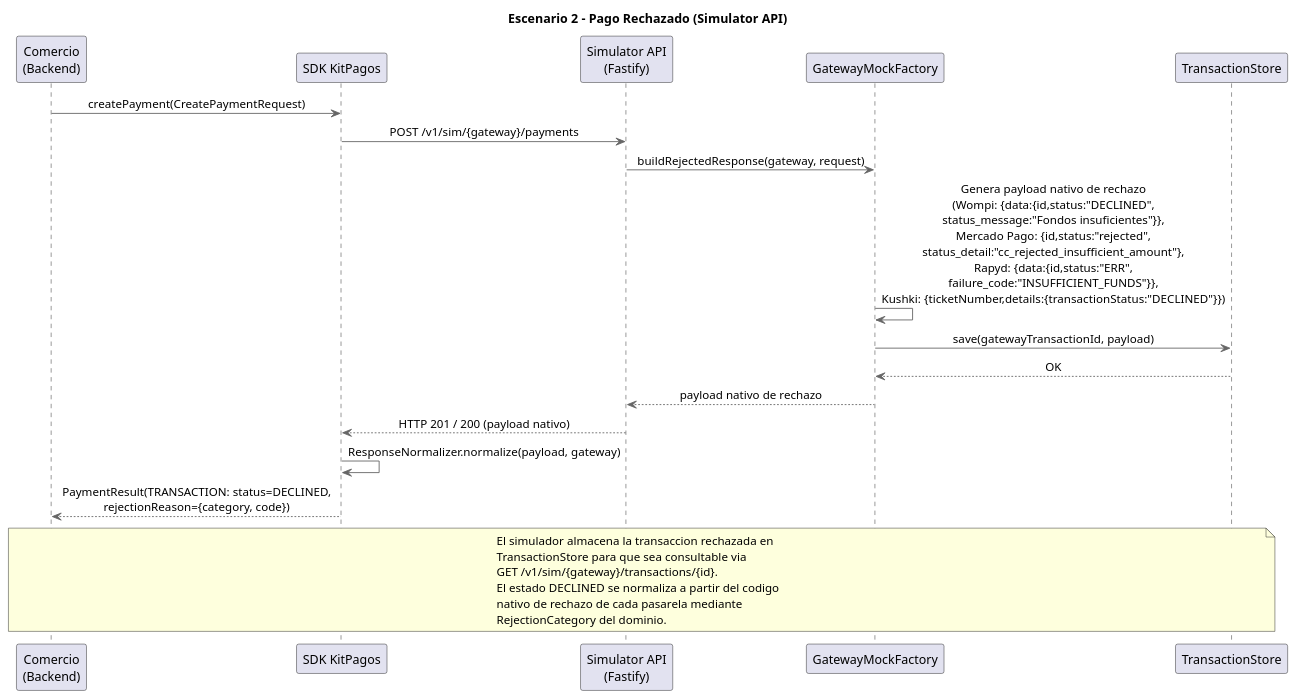
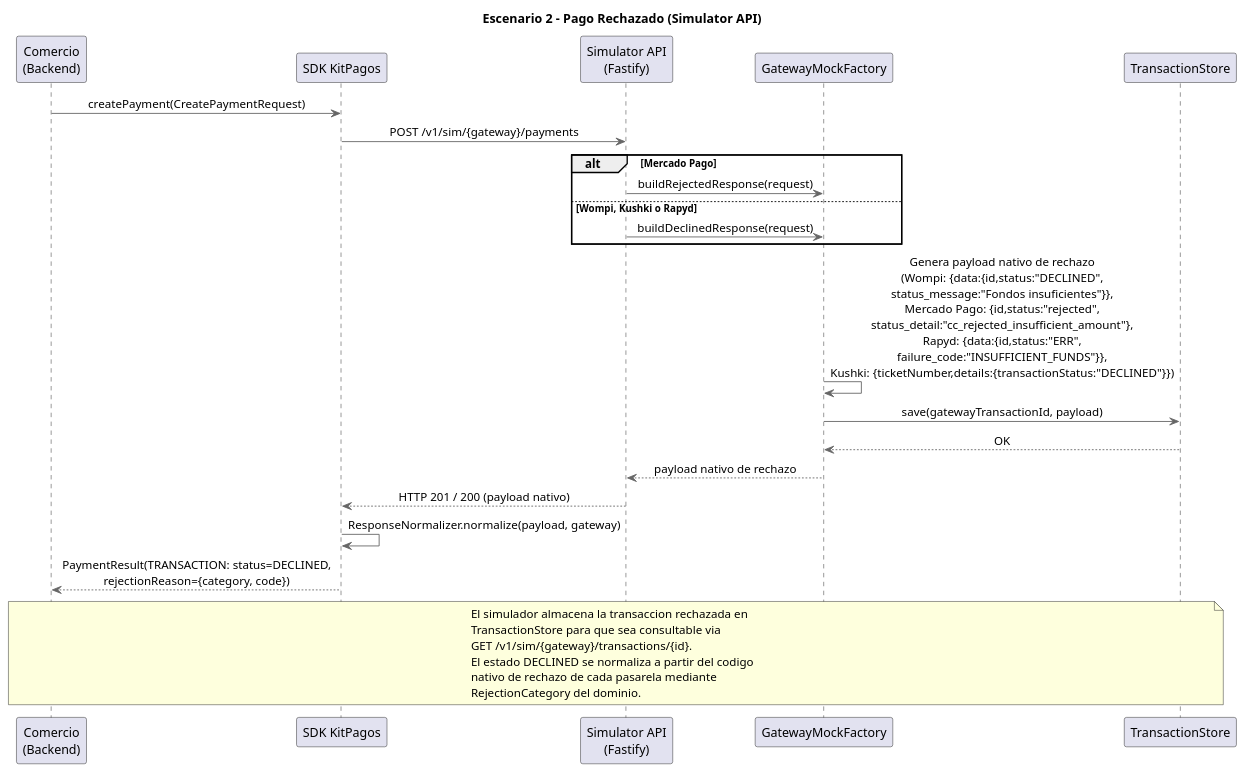
Before and after one commit to PurosBrothers/Kit-Pagos-Colombia---Tesis: the diagram in docs/architecture/Simulador API/diagrams-source/sequence-denied-payment.puml, drawn with PlantUML. The commit also changed 10 other files, not shown here.

First line of the commit message:
docs(docs): update architecture diagrams and rendered images

```diff
--- a/docs/architecture/Simulador API/diagrams-source/sequence-denied-payment.puml
+++ b/docs/architecture/Simulador API/diagrams-source/sequence-denied-payment.puml
@@ -1,34 +1,38 @@
 @startuml Sequence Diagram - Denied Payment
 title Escenario 2 - Pago Rechazado (Simulator API)
 skinparam backgroundColor white
 skinparam sequenceMessageAlign center
 skinparam ArrowColor #666666
 skinparam LifeLineBorderColor #666666
 
 participant "Comercio\n(Backend)" as Comercio
 participant "SDK KitPagos" as SDK
 participant "Simulator API\n(Fastify)" as SimAPI
 participant "GatewayMockFactory" as MockFactory
 participant "TransactionStore" as Store
 
 Comercio -> SDK : createPayment(CreatePaymentRequest)
 SDK -> SimAPI : POST /v1/sim/{gateway}/payments
-SimAPI -> MockFactory : buildRejectedResponse(gateway, request)
+alt Mercado Pago
+  SimAPI -> MockFactory : buildRejectedResponse(request)
+else Wompi, Kushki o Rapyd
+  SimAPI -> MockFactory : buildDeclinedResponse(request)
+end
 MockFactory -> MockFactory : Genera payload nativo de rechazo\n(Wompi: {data:{id,status:"DECLINED",\nstatus_message:"Fondos insuficientes"}},\nMercado Pago: {id,status:"rejected",\nstatus_detail:"cc_rejected_insufficient_amount"},\nRapyd: {data:{id,status:"ERR",\nfailure_code:"INSUFFICIENT_FUNDS"}},\nKushki: {ticketNumber,details:{transactionStatus:"DECLINED"}})
 MockFactory -> Store : save(gatewayTransactionId, payload)
 Store --> MockFactory : OK
 MockFactory --> SimAPI : payload nativo de rechazo
 SimAPI --> SDK : HTTP 201 / 200 (payload nativo)
 SDK -> SDK : ResponseNormalizer.normalize(payload, gateway)
 SDK --> Comercio : PaymentResult(TRANSACTION: status=DECLINED,\nrejectionReason={category, code})
 
 note over Comercio, Store
   El simulador almacena la transaccion rechazada en
   TransactionStore para que sea consultable via
   GET /v1/sim/{gateway}/transactions/{id}.
   El estado DECLINED se normaliza a partir del codigo
   nativo de rechazo de cada pasarela mediante
   RejectionCategory del dominio.
 end note
 
 @enduml
```
